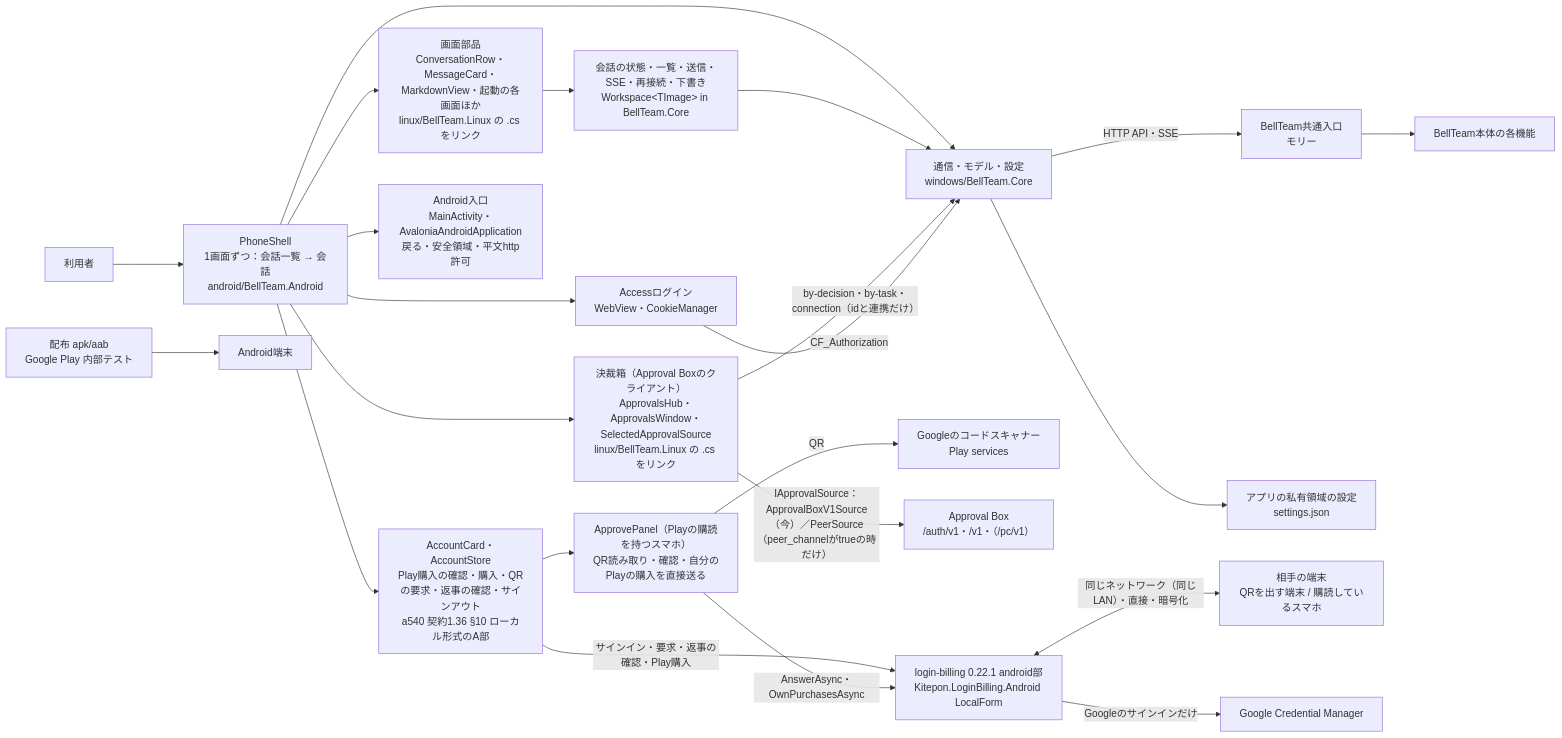
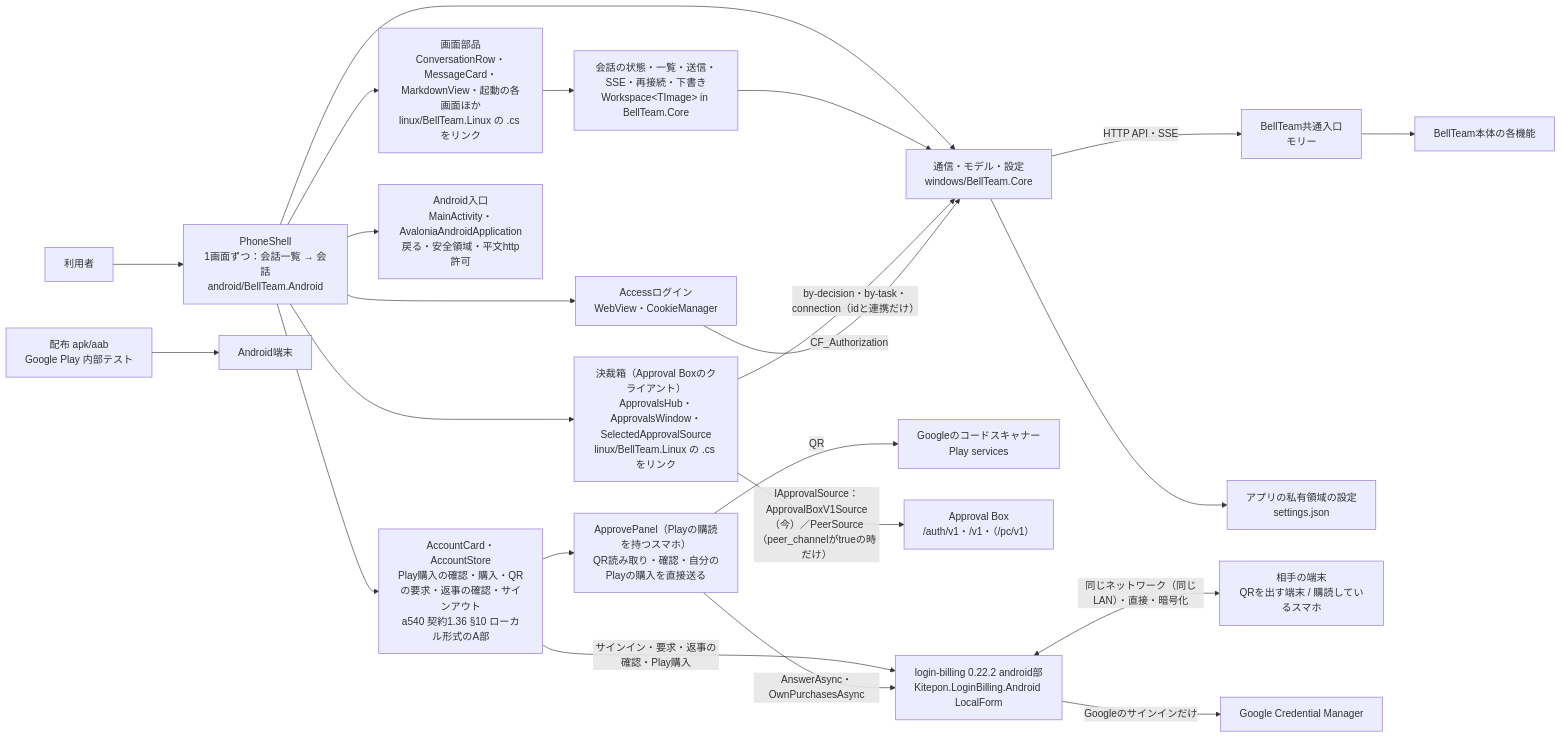
The first of 2 diagrams in docs/android-architecture.md (kitepon/BellTeam), drawn with Mermaid before and after one commit. The commit also changed other lines of this file and 7 other files, not shown here.

Commit message:
lb0220-clients: login-billing 0.22.2 pins (default route address first in the QR)

````diff
--- a/docs/android-architecture.md
+++ b/docs/android-architecture.md
@@ -9,25 +9,25 @@
 ```mermaid
 flowchart LR
   user[利用者] --> shell[PhoneShell<br/>1画面ずつ：会話一覧 → 会話<br/>android/BellTeam.Android]
   shell --> views[画面部品<br/>ConversationRow・MessageCard・MarkdownView・起動の各画面ほか<br/>linux/BellTeam.Linux の .cs をリンク]
   views --> ws[会話の状態・一覧・送信・SSE・再接続・下書き<br/>Workspace&lt;TImage&gt; in BellTeam.Core]
   shell --> core[通信・モデル・設定<br/>windows/BellTeam.Core]
   ws --> core
   core -->|HTTP API・SSE| integration[BellTeam共通入口<br/>モリー]
   core --> local[アプリの私有領域の設定<br/>settings.json]
   shell --> account[AccountCard・AccountStore<br/>Play購入の確認・購入・QRの要求・返事の確認・サインアウト<br/>a540 契約1.36 §10 ローカル形式のA部]
   account --> approve[ApprovePanel（Playの購読を持つスマホ）<br/>QR読み取り・確認・自分のPlayの購入を直接送る]
   approve -->|QR| scanner[Googleのコードスキャナー<br/>Play services]
   shell --> abx[決裁箱（Approval Boxのクライアント）<br/>ApprovalsHub・ApprovalsWindow・SelectedApprovalSource<br/>linux/BellTeam.Linux の .cs をリンク]
   abx -->|IApprovalSource：ApprovalBoxV1Source（今）／PeerSource（peer_channelがtrueの時だけ）| abxsrv[Approval Box<br/>/auth/v1・/v1・（/pc/v1）]
   abx -->|by-decision・by-task・connection（idと連携だけ）| core
-  account -->|サインイン・要求・返事の確認・Play購入| lib[login-billing 0.22.1 android部<br/>Kitepon.LoginBilling.Android LocalForm]
+  account -->|サインイン・要求・返事の確認・Play購入| lib[login-billing 0.22.2 android部<br/>Kitepon.LoginBilling.Android LocalForm]
   approve -->|AnswerAsync・OwnPurchasesAsync| lib
   lib <-->|同じネットワーク（同じLAN）・直接・暗号化| peer[相手の端末<br/>QRを出す端末 / 購読しているスマホ]
   lib -->|Googleのサインインだけ| google[Google Credential Manager]
   shell --> access[Accessログイン<br/>WebView・CookieManager]
   access -->|CF_Authorization| core
   shell --> android[Android入口<br/>MainActivity・AvaloniaAndroidApplication<br/>戻る・安全領域・平文http許可]
   release[配布 apk/aab<br/>Google Play 内部テスト] --> device[Android端末]
   integration --> server[BellTeam本体の各機能]
 ```
````
